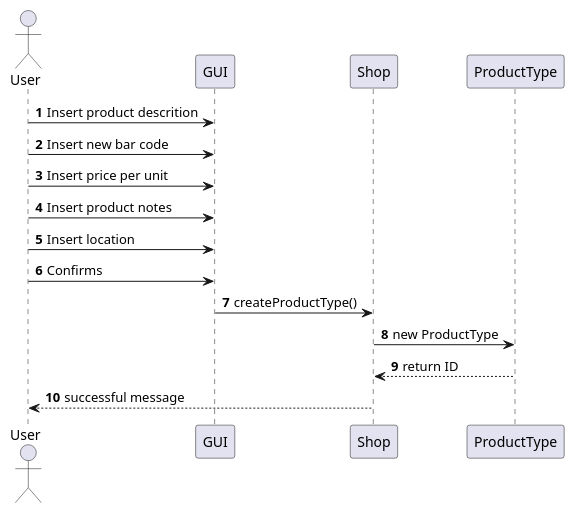
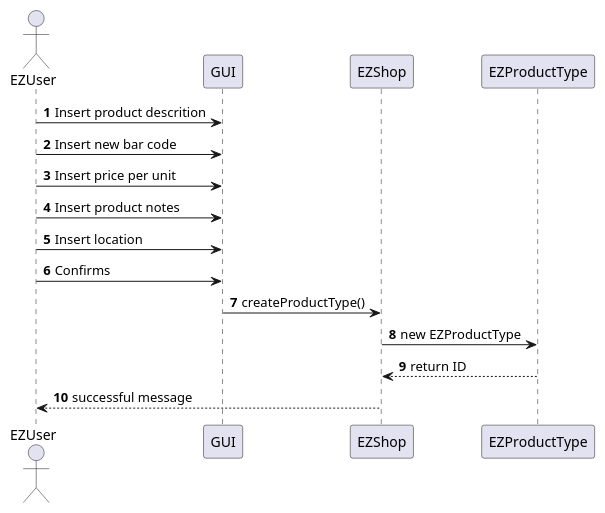
Before and after one commit to Stormz4/group20-EzShop: the fifth of 24 diagrams in Deliverables/DesignDocument.md, drawn with PlantUML. The commit also changed other lines of this file and 3 other files, not shown here.

````diff
--- a/Deliverables/DesignDocument.md
+++ b/Deliverables/DesignDocument.md
@@ -418,16 +415,16 @@
 ```plantuml
 @startuml
-Actor User
+Actor EZUser
 autonumber
-User -> GUI: Insert product descrition
-User -> GUI: Insert new bar code
-User -> GUI: Insert price per unit
-User -> GUI: Insert product notes
-User -> GUI: Insert location
-User -> GUI: Confirms
-GUI -> Shop: createProductType()
-Shop -> ProductType : new ProductType
-ProductType --> Shop : return ID
-Shop --> User : successful message
+EZUser -> GUI: Insert product descrition
+EZUser -> GUI: Insert new bar code
+EZUser -> GUI: Insert price per unit
+EZUser -> GUI: Insert product notes
+EZUser -> GUI: Insert location
+EZUser -> GUI: Confirms
+GUI -> EZShop: createProductType()
+EZShop -> EZProductType : new EZProductType
+EZProductType --> EZShop : return ID
+EZShop --> EZUser : successful message
 @enduml
 ```
````
